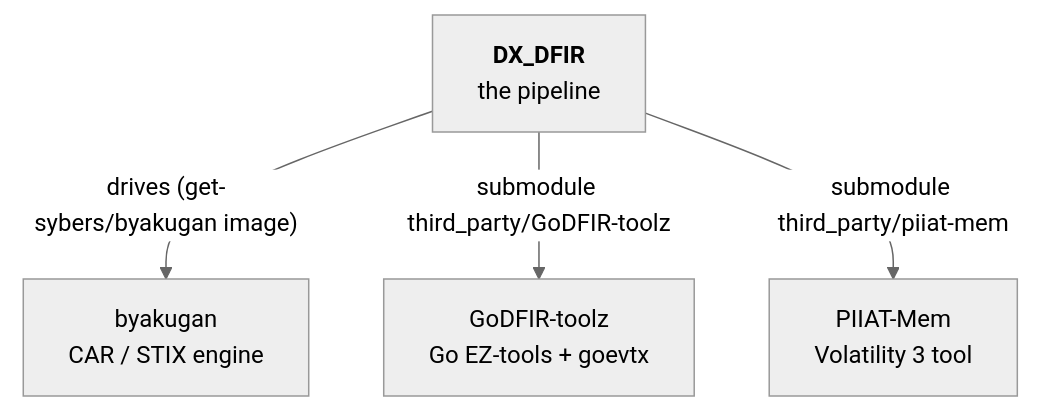
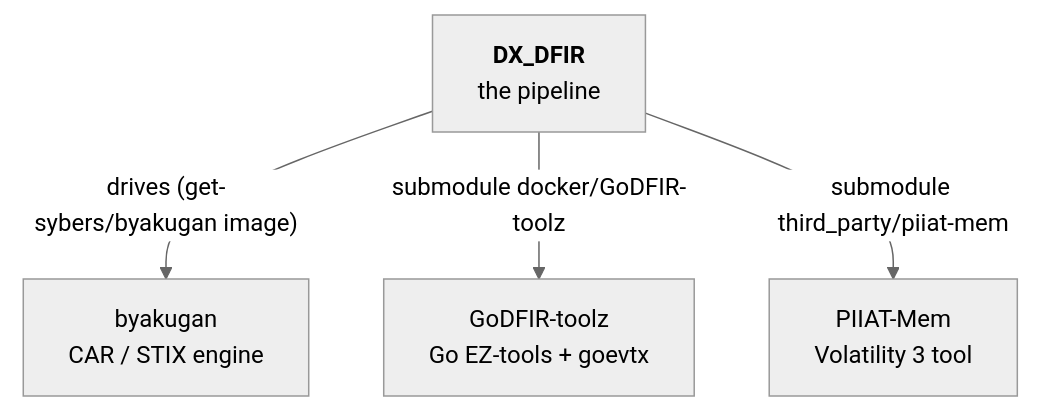
The diagram in docs/reference/repository-map.md (Get-Sybers/DX_DFIR), drawn with Mermaid (neutral theme) before and after one commit. The commit also changed other lines of this file and 17 other files, not shown here.

First line of the commit message:
refactor: relocate the GoDFIR-toolz submodule third_party/ → docker/

````diff
--- a/docs/reference/repository-map.md
+++ b/docs/reference/repository-map.md
@@ -8,10 +8,10 @@
 ```mermaid
 flowchart TD
     DX["<b>DX_DFIR</b><br/>the pipeline"]
     BYA["byakugan<br/>CAR / STIX engine"]
     TOOLZ["GoDFIR-toolz<br/>Go EZ-tools + goevtx"]
     MEM["PIIAT-Mem<br/>Volatility 3 tool"]
     DX -->|"drives (get-sybers/byakugan image)"| BYA
-    DX -->|"submodule third_party/GoDFIR-toolz"| TOOLZ
+    DX -->|"submodule docker/GoDFIR-toolz"| TOOLZ
     DX -->|"submodule third_party/piiat-mem"| MEM
 ```
````
